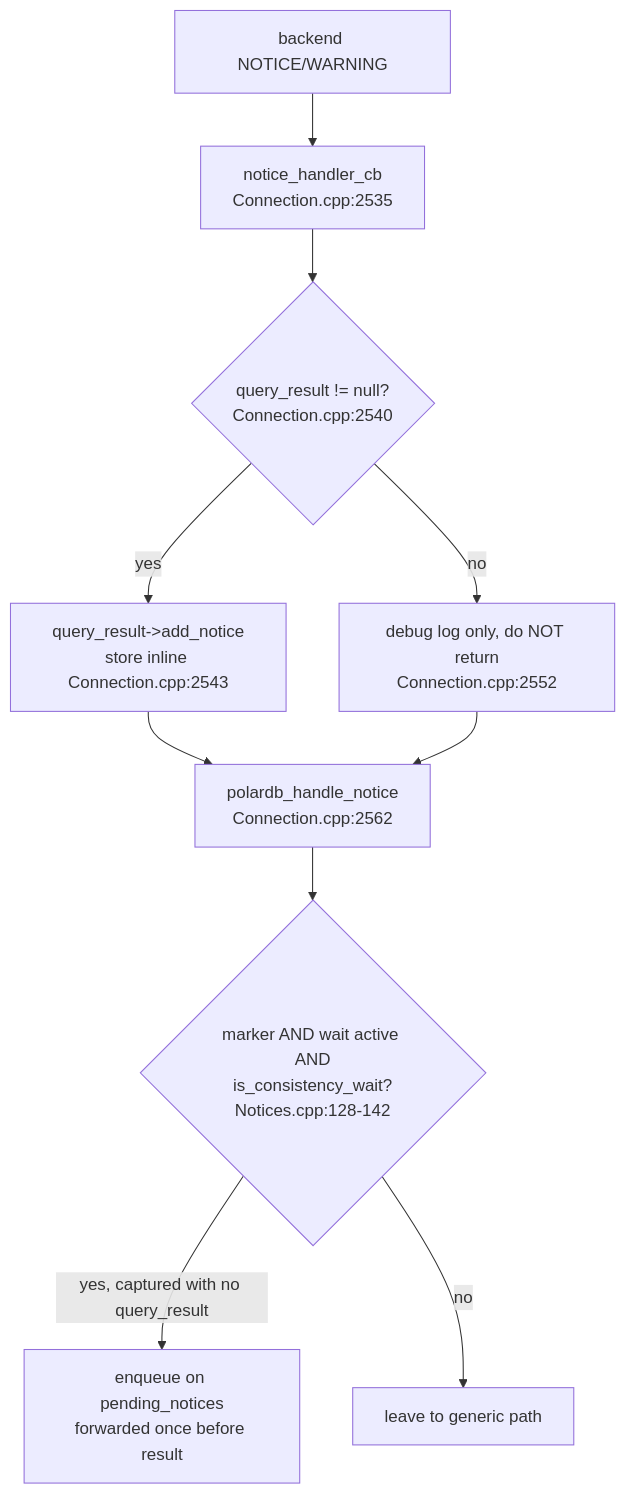
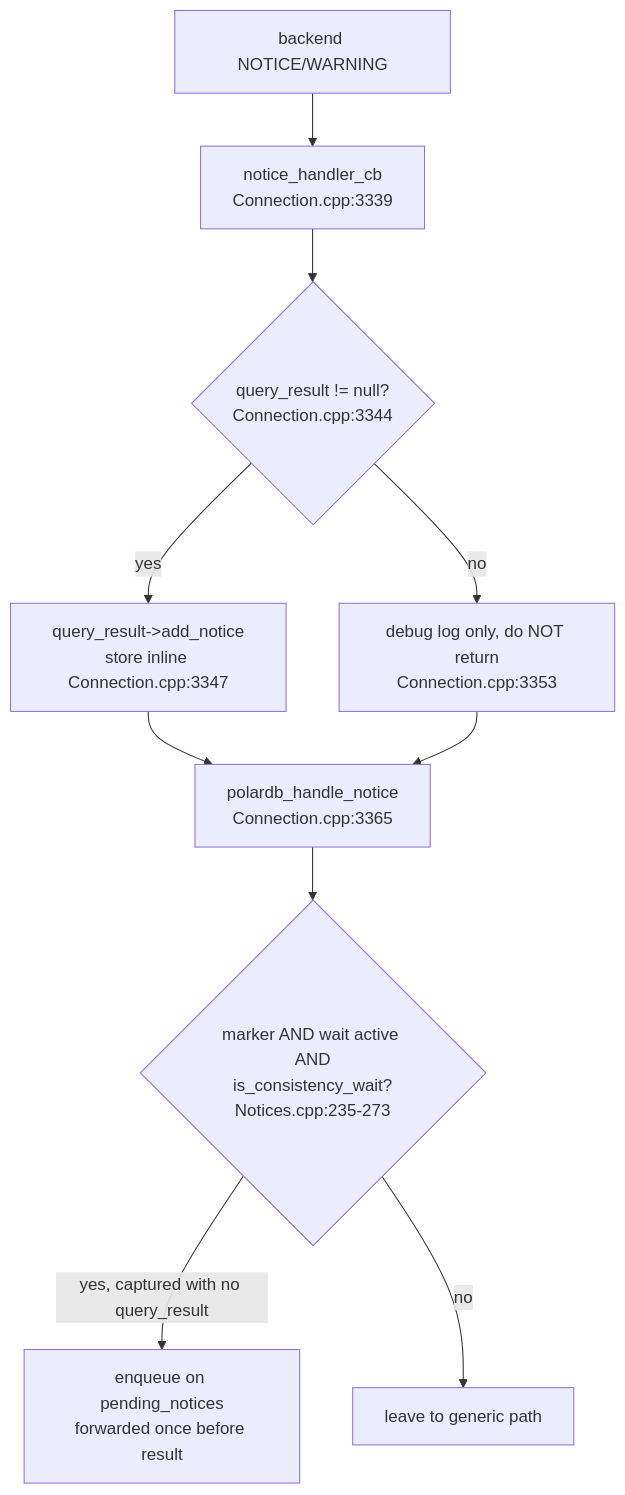
One commit to awide-labs/polar-proxy changed the third of 4 diagrams in doc/polardb-arch/11-CONNECTION-AND-LIBPQ.md. Above: the diagram before and after it, drawn with Mermaid. The commit also changed other lines of this file and 21 other files, not shown here.

````diff
--- a/doc/polardb-arch/11-CONNECTION-AND-LIBPQ.md
+++ b/doc/polardb-arch/11-CONNECTION-AND-LIBPQ.md
@@ -527,12 +532,12 @@
 ```mermaid
 flowchart TD
-  N[backend NOTICE/WARNING] --> CB[notice_handler_cb<br/>Connection.cpp:2535]
-  CB --> Q{query_result != null?<br/>Connection.cpp:2540}
-  Q -- yes --> I[query_result->add_notice<br/>store inline Connection.cpp:2543]
-  Q -- no --> D[debug log only, do NOT return<br/>Connection.cpp:2552]
-  I --> P[polardb_handle_notice<br/>Connection.cpp:2562]
+  N[backend NOTICE/WARNING] --> CB[notice_handler_cb<br/>Connection.cpp:3339]
+  CB --> Q{query_result != null?<br/>Connection.cpp:3344}
+  Q -- yes --> I[query_result->add_notice<br/>store inline Connection.cpp:3347]
+  Q -- no --> D[debug log only, do NOT return<br/>Connection.cpp:3353]
+  I --> P[polardb_handle_notice<br/>Connection.cpp:3365]
   D --> P
-  P --> M{marker AND wait active AND<br/>is_consistency_wait?<br/>Notices.cpp:128-142}
+  P --> M{marker AND wait active AND<br/>is_consistency_wait?<br/>Notices.cpp:235-273}
   M -- yes, captured with no query_result --> Z[enqueue on pending_notices<br/>forwarded once before result]
   M -- no --> L[leave to generic path]
 ```
````
